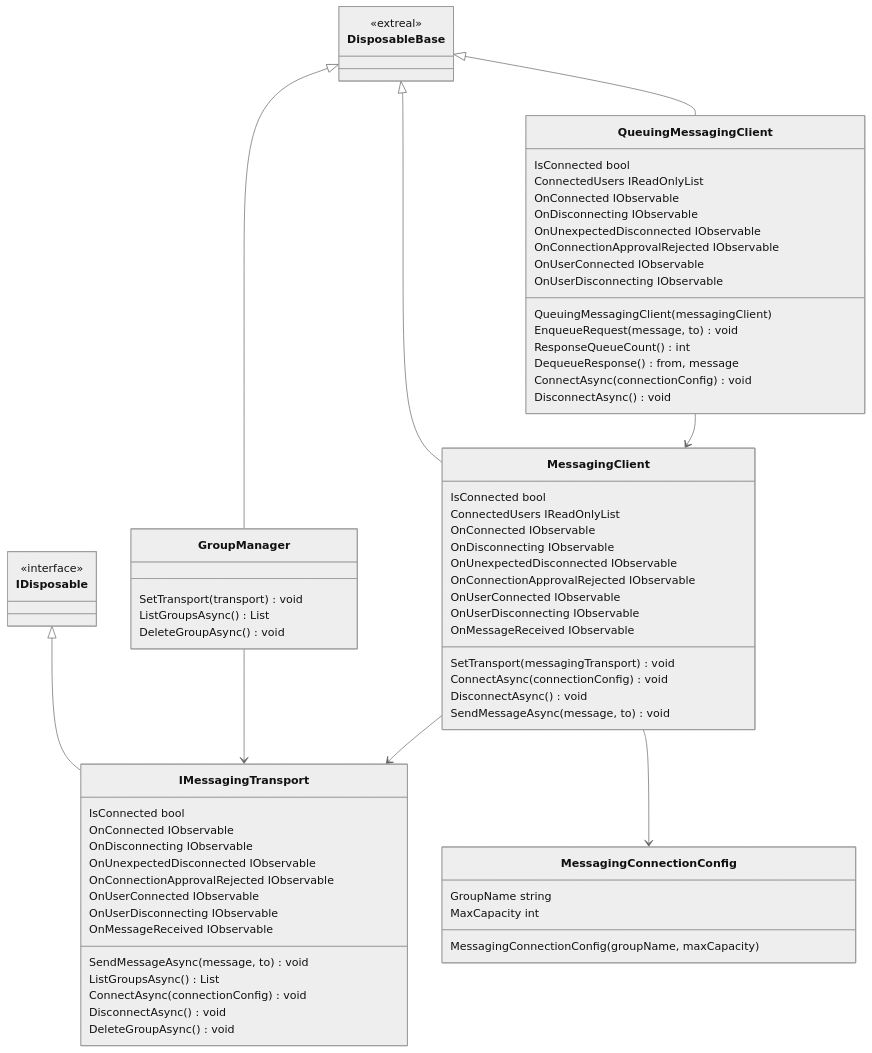
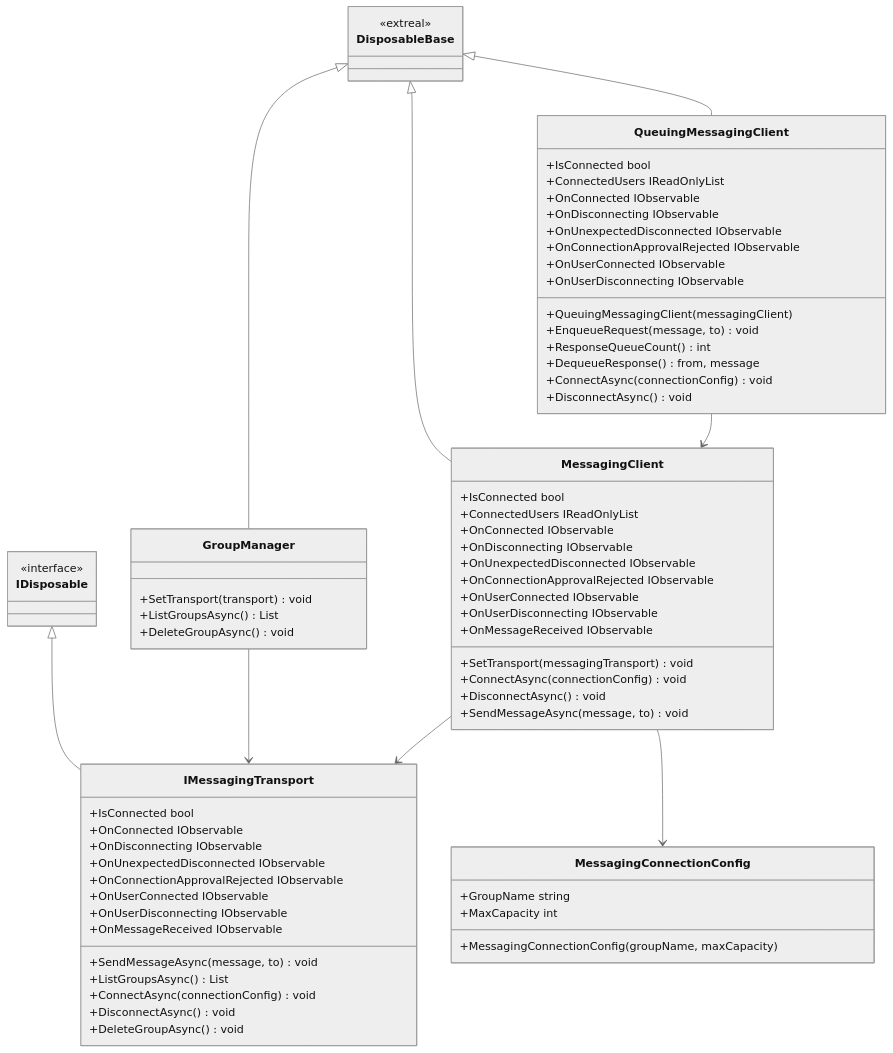
One commit to extreal-dev/Extreal.Guide changed the diagram in docs/integration/messaging.common.md. Above: the diagram before and after it, drawn with Mermaid (neutral theme). The commit also changed 1 other file, not shown here.

Commit message:
Modify class diagrams of messaging

```diff
--- a/docs/integration/messaging.common.md
+++ b/docs/integration/messaging.common.md
@@ -43,68 +43,68 @@
     QueuingMessagingClient --> MessagingClient
 
     class GroupManager {
-        SetTransport(transport) void
-        ListGroupsAsync() List
-        DeleteGroupAsync() void
+        +SetTransport(transport) void
+        +ListGroupsAsync() List
+        +DeleteGroupAsync() void
     }
     
     class MessagingClient {
-        IsConnected bool
-        ConnectedUsers IReadOnlyList
-        OnConnected IObservable
-        OnDisconnecting IObservable
-        OnUnexpectedDisconnected IObservable
-        OnConnectionApprovalRejected IObservable
-        OnUserConnected IObservable
-        OnUserDisconnecting IObservable
-        OnMessageReceived IObservable
+        +IsConnected bool
+        +ConnectedUsers IReadOnlyList
+        +OnConnected IObservable
+        +OnDisconnecting IObservable
+        +OnUnexpectedDisconnected IObservable
+        +OnConnectionApprovalRejected IObservable
+        +OnUserConnected IObservable
+        +OnUserDisconnecting IObservable
+        +OnMessageReceived IObservable
 
-        SetTransport(messagingTransport) void
-        ConnectAsync(connectionConfig) void
-        DisconnectAsync() void
-        SendMessageAsync(message, to) void
+        +SetTransport(messagingTransport) void
+        +ConnectAsync(connectionConfig) void
+        +DisconnectAsync() void
+        +SendMessageAsync(message, to) void
     }
     
     class IMessagingTransport {
-        IsConnected bool
-        OnConnected IObservable
-        OnDisconnecting IObservable
-        OnUnexpectedDisconnected IObservable
-        OnConnectionApprovalRejected IObservable
-        OnUserConnected IObservable
-        OnUserDisconnecting IObservable
-        OnMessageReceived IObservable
+        +IsConnected bool
+        +OnConnected IObservable
+        +OnDisconnecting IObservable
+        +OnUnexpectedDisconnected IObservable
+        +OnConnectionApprovalRejected IObservable
+        +OnUserConnected IObservable
+        +OnUserDisconnecting IObservable
+        +OnMessageReceived IObservable
 
-        SendMessageAsync(message, to) void
-        ListGroupsAsync() List
-        ConnectAsync(connectionConfig) void
-        DisconnectAsync() void
-        DeleteGroupAsync() void
+        +SendMessageAsync(message, to) void
+        +ListGroupsAsync() List
+        +ConnectAsync(connectionConfig) void
+        +DisconnectAsync() void
+        +DeleteGroupAsync() void
     }
 
     class MessagingConnectionConfig {
-        GroupName string
-        MaxCapacity int
+        +GroupName string
+        +MaxCapacity int
 
-        MessagingConnectionConfig(groupName, maxCapacity)
+        +MessagingConnectionConfig(groupName, maxCapacity)
     }
 
     class QueuingMessagingClient {
-        IsConnected bool
-        ConnectedUsers IReadOnlyList
-        OnConnected IObservable
-        OnDisconnecting IObservable
-        OnUnexpectedDisconnected IObservable
-        OnConnectionApprovalRejected IObservable
-        OnUserConnected IObservable
-        OnUserDisconnecting IObservable
+        +IsConnected bool
+        +ConnectedUsers IReadOnlyList
+        +OnConnected IObservable
+        +OnDisconnecting IObservable
+        +OnUnexpectedDisconnected IObservable
+        +OnConnectionApprovalRejected IObservable
+        +OnUserConnected IObservable
+        +OnUserDisconnecting IObservable
 
-        QueuingMessagingClient(messagingClient)
-        EnqueueRequest(message, to) void
-        ResponseQueueCount() int
-        DequeueResponse() from, message
-        ConnectAsync(connectionConfig) void
-        DisconnectAsync() void
+        +QueuingMessagingClient(messagingClient)
+        +EnqueueRequest(message, to) void
+        +ResponseQueueCount() int
+        +DequeueResponse() from, message
+        +ConnectAsync(connectionConfig) void
+        +DisconnectAsync() void
     }
     
     class DisposableBase {
```
